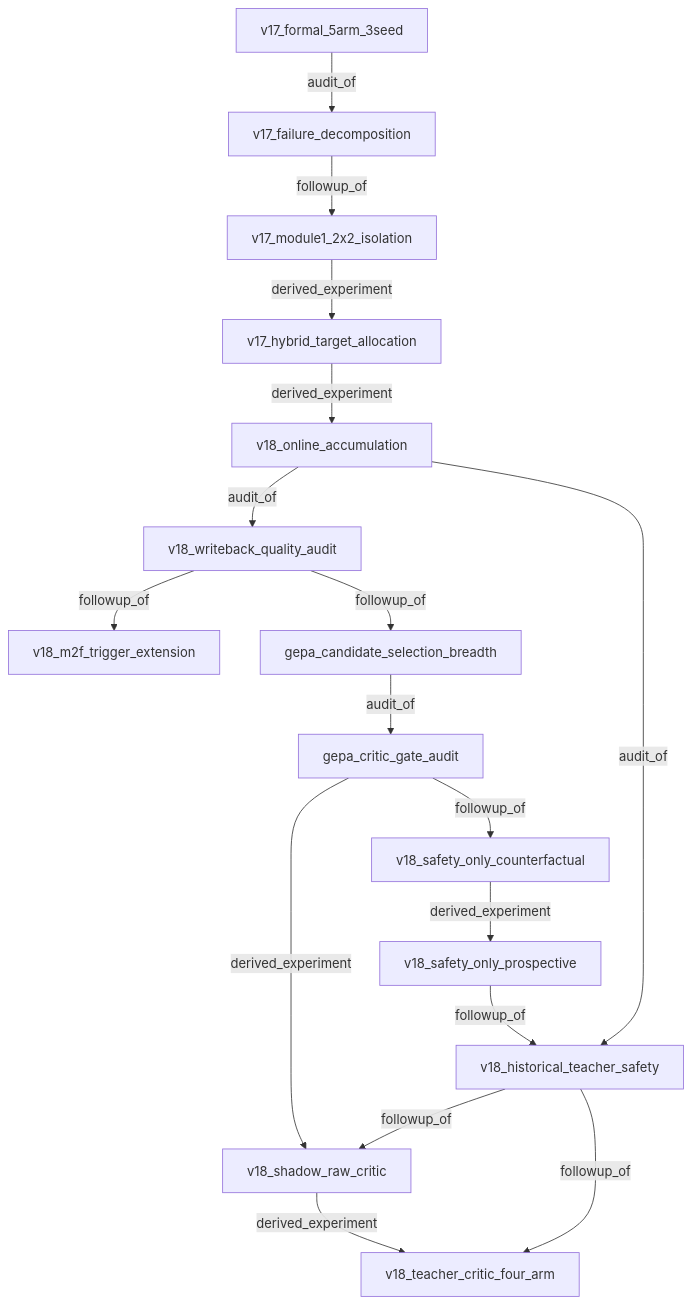
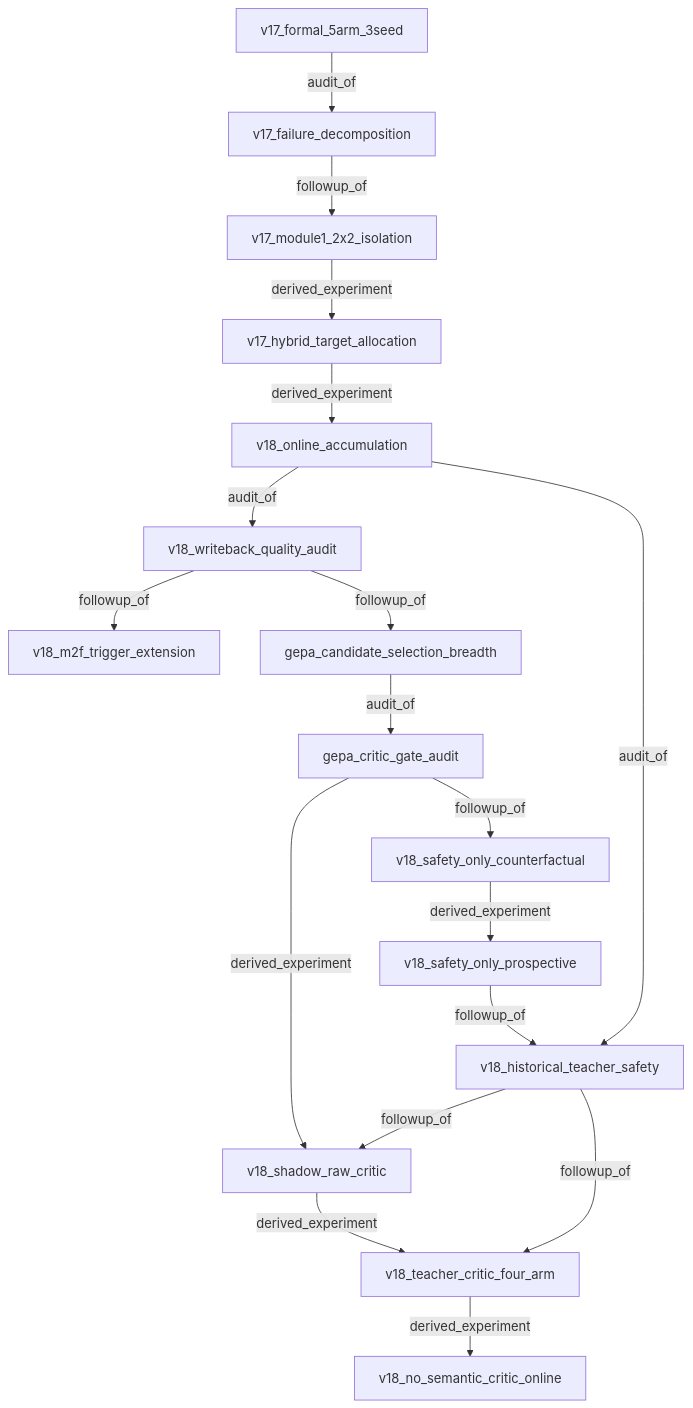
Before and after one commit to mmmmyyyxx/multi_agent_diversity: the diagram in docs/experiments/LINEAGE.md, drawn with Mermaid. The commit also changed other lines of this file and 23 other files, not shown here.

Commit message:
Evaluate no-semantic-Critic online evolution

````diff
--- a/docs/experiments/LINEAGE.md
+++ b/docs/experiments/LINEAGE.md
@@ -5,19 +5,20 @@
 ```mermaid
 graph TD
   v17_formal_5arm_3seed["v17_formal_5arm_3seed"] -->|audit_of| v17_failure_decomposition["v17_failure_decomposition"]
   v17_failure_decomposition["v17_failure_decomposition"] -->|followup_of| v17_module1_2x2_isolation["v17_module1_2x2_isolation"]
   v17_module1_2x2_isolation["v17_module1_2x2_isolation"] -->|derived_experiment| v17_hybrid_target_allocation["v17_hybrid_target_allocation"]
   v17_hybrid_target_allocation["v17_hybrid_target_allocation"] -->|derived_experiment| v18_online_accumulation["v18_online_accumulation"]
   v18_online_accumulation["v18_online_accumulation"] -->|audit_of| v18_writeback_quality_audit["v18_writeback_quality_audit"]
   v18_writeback_quality_audit["v18_writeback_quality_audit"] -->|followup_of| v18_m2f_trigger_extension["v18_m2f_trigger_extension"]
   v18_writeback_quality_audit["v18_writeback_quality_audit"] -->|followup_of| gepa_candidate_selection_breadth["gepa_candidate_selection_breadth"]
   gepa_candidate_selection_breadth["gepa_candidate_selection_breadth"] -->|audit_of| gepa_critic_gate_audit["gepa_critic_gate_audit"]
   gepa_critic_gate_audit["gepa_critic_gate_audit"] -->|followup_of| v18_safety_only_counterfactual["v18_safety_only_counterfactual"]
   v18_safety_only_counterfactual["v18_safety_only_counterfactual"] -->|derived_experiment| v18_safety_only_prospective["v18_safety_only_prospective"]
   v18_safety_only_prospective["v18_safety_only_prospective"] -->|followup_of| v18_historical_teacher_safety["v18_historical_teacher_safety"]
   v18_online_accumulation["v18_online_accumulation"] -->|audit_of| v18_historical_teacher_safety["v18_historical_teacher_safety"]
   gepa_critic_gate_audit["gepa_critic_gate_audit"] -->|derived_experiment| v18_shadow_raw_critic["v18_shadow_raw_critic"]
   v18_historical_teacher_safety["v18_historical_teacher_safety"] -->|followup_of| v18_shadow_raw_critic["v18_shadow_raw_critic"]
   v18_shadow_raw_critic["v18_shadow_raw_critic"] -->|derived_experiment| v18_teacher_critic_four_arm["v18_teacher_critic_four_arm"]
   v18_historical_teacher_safety["v18_historical_teacher_safety"] -->|followup_of| v18_teacher_critic_four_arm["v18_teacher_critic_four_arm"]
+  v18_teacher_critic_four_arm["v18_teacher_critic_four_arm"] -->|derived_experiment| v18_no_semantic_critic_online["v18_no_semantic_critic_online"]
 ```
````
